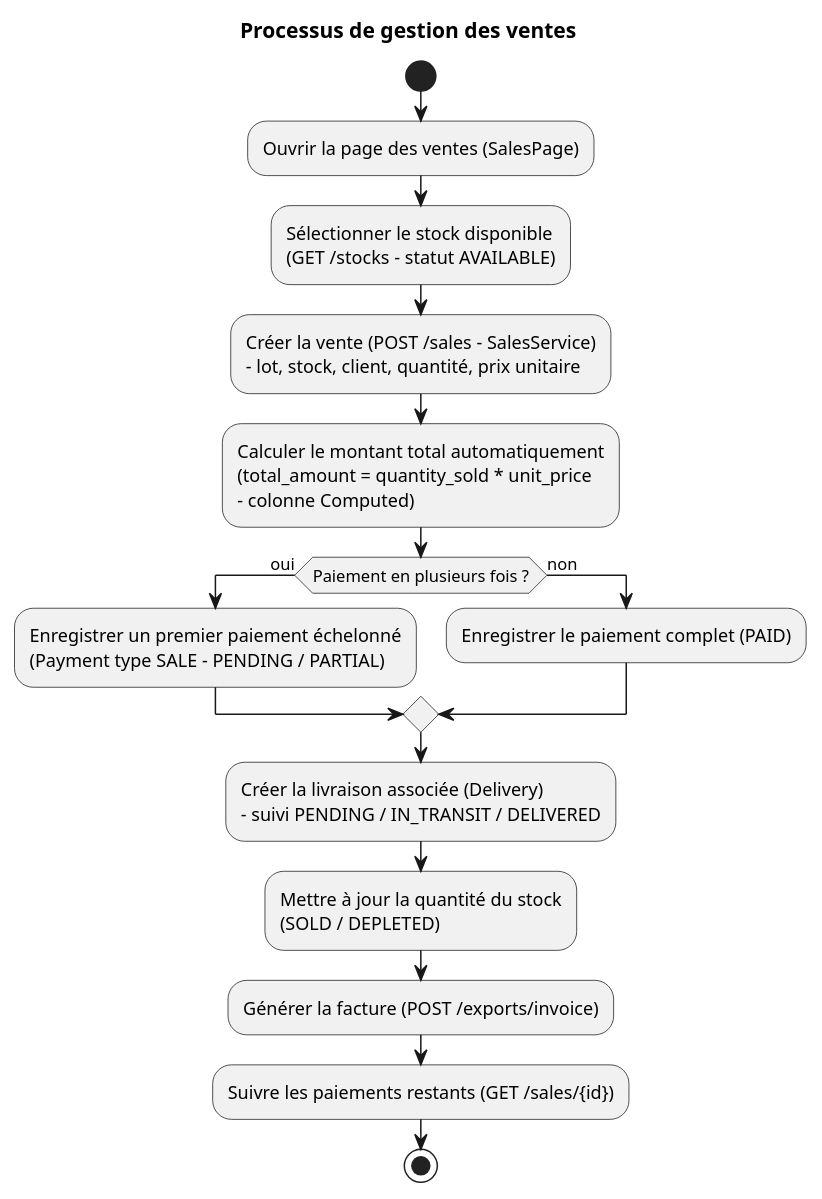
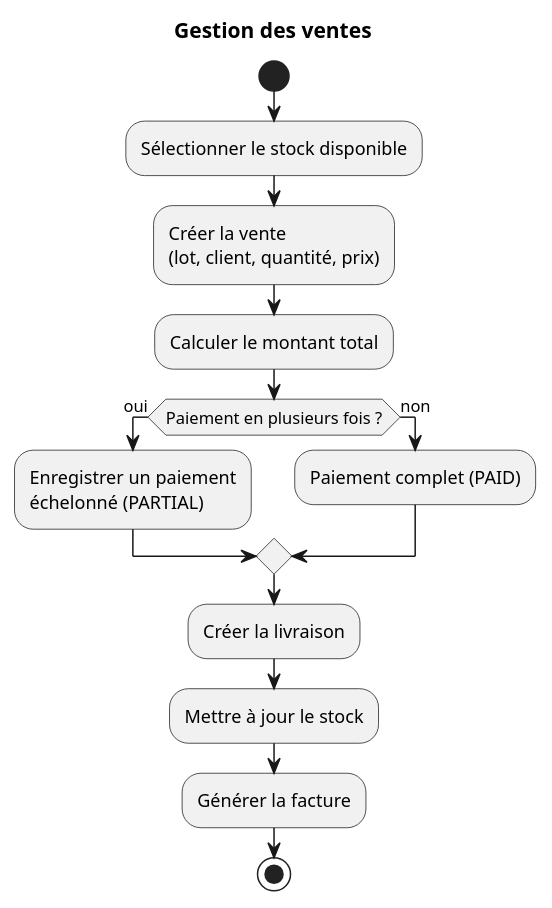
The diagram in puml/figure18_processus_gestion_ventes.puml (louvinx/sysgeca_documentation), drawn with PlantUML before and after one commit. The commit also changed 12 other files, not shown here.

```diff
--- a/puml/figure18_processus_gestion_ventes.puml
+++ b/puml/figure18_processus_gestion_ventes.puml
@@ -1,30 +1,19 @@
 @startuml
-title Processus de gestion des ventes
+title Gestion des ventes
 
 skinparam shadowing false
 
 start
-:Ouvrir la page des ventes (SalesPage);
-
-:Sélectionner le stock disponible\n(GET /stocks - statut AVAILABLE);
-
-:Créer la vente (POST /sales - SalesService)\n- lot, stock, client, quantité, prix unitaire;
-
-:Calculer le montant total automatiquement\n(total_amount = quantity_sold * unit_price\n- colonne Computed);
-
+:Sélectionner le stock disponible;
+:Créer la vente\n(lot, client, quantité, prix);
+:Calculer le montant total;
 if (Paiement en plusieurs fois ?) then (oui)
-  :Enregistrer un premier paiement échelonné\n(Payment type SALE - PENDING / PARTIAL);
+  :Enregistrer un paiement\néchelonné (PARTIAL);
 else (non)
-  :Enregistrer le paiement complet (PAID);
+  :Paiement complet (PAID);
 endif
-
-:Créer la livraison associée (Delivery)\n- suivi PENDING / IN_TRANSIT / DELIVERED;
-
-:Mettre à jour la quantité du stock\n(SOLD / DEPLETED);
-
-:Générer la facture (POST /exports/invoice);
-
-:Suivre les paiements restants (GET /sales/{id});
-
+:Créer la livraison;
+:Mettre à jour le stock;
+:Générer la facture;
 stop
 @enduml
```
